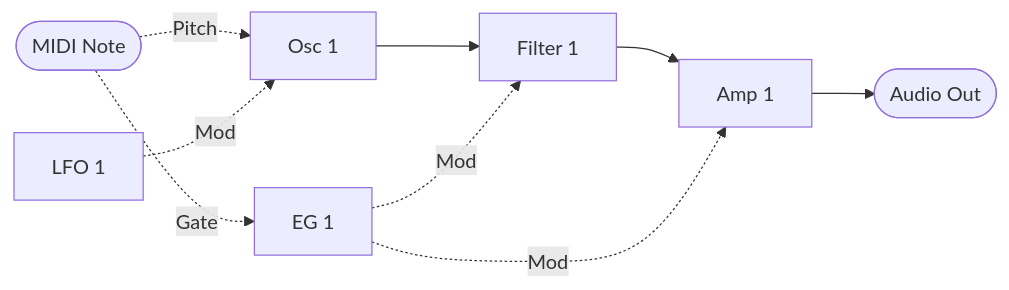
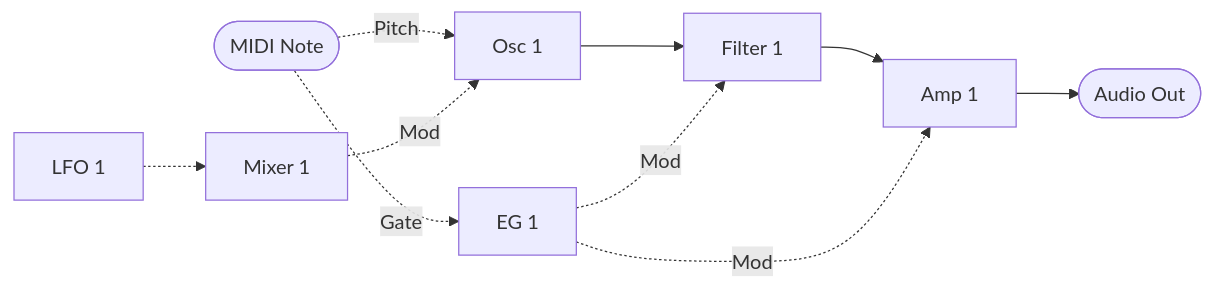
The first of 2 diagrams in spms1_type0/README.md (risgk/midi_synthesizer_spms1), drawn with Mermaid before and after one commit. The commit also changed other lines of this file and 3 other files, not shown here.

First line of the commit message:
type-0: Give Osc Mod Amt the full pitch range

````diff
--- a/spms1_type0/README.md
+++ b/spms1_type0/README.md
@@ -91,20 +91,22 @@
 ```mermaid
 flowchart LR
   NOTE([MIDI Note])
   EG1[EG 1]
   LFO1[LFO 1]
+  MIX1[Mixer 1]
   OSC1[Osc 1]
   FILTER1[Filter 1]
   AMP1[Amp 1]
   OUT([Audio Out])
 
   OSC1 --> FILTER1
   FILTER1 --> AMP1
   AMP1 --> OUT
 
   NOTE -. Gate .-> EG1
   NOTE -. Pitch .-> OSC1
-  LFO1 -. Mod .-> OSC1
+  LFO1 -.-> MIX1
+  MIX1 -. Mod .-> OSC1
   EG1 -. Mod .-> FILTER1
   EG1 -. Mod .-> AMP1
 ```
````
